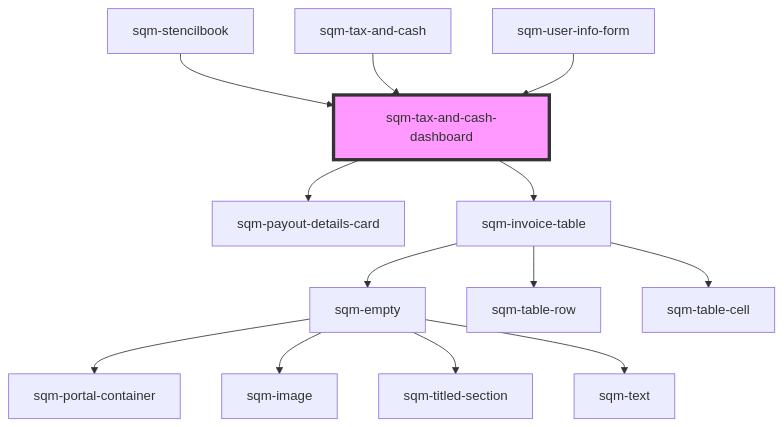
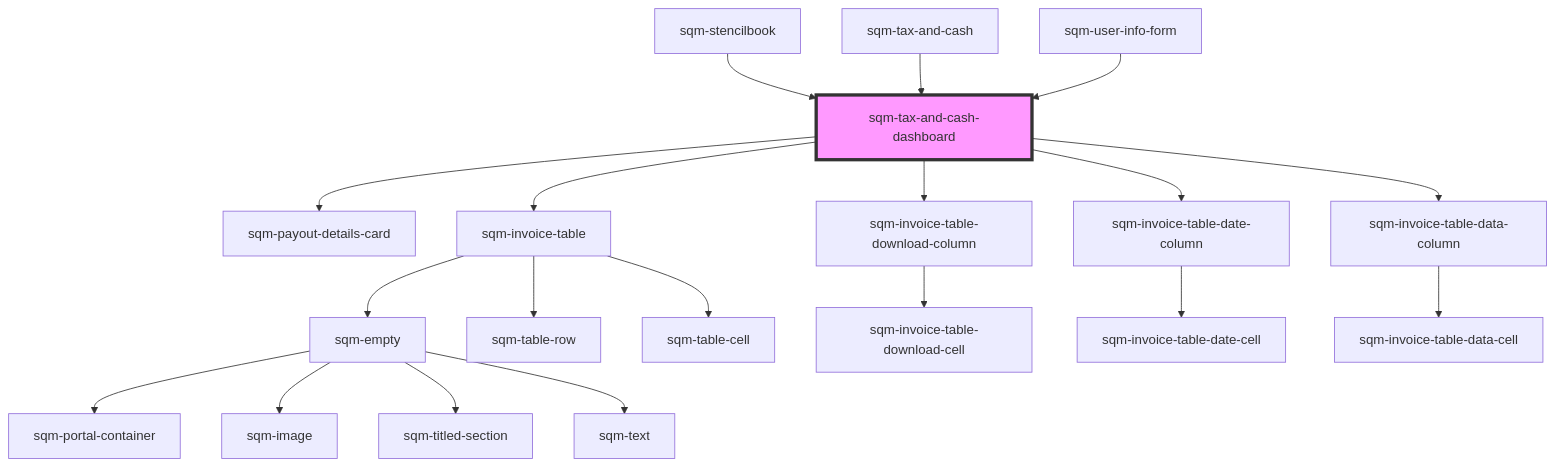
The diagram in packages/mint-components/src/components/tax-and-cash/sqm-tax-and-cash-dashboard/readme.md (saasquatch/program-tools), drawn with Mermaid before and after one commit. The commit also changed other lines of this file and 13 other files, not shown here.

````diff
--- a/packages/mint-components/src/components/tax-and-cash/sqm-tax-and-cash-dashboard/readme.md
+++ b/packages/mint-components/src/components/tax-and-cash/sqm-tax-and-cash-dashboard/readme.md
@@ -65,16 +73,22 @@
 ```mermaid
 graph TD;
   sqm-tax-and-cash-dashboard --> sqm-payout-details-card
   sqm-tax-and-cash-dashboard --> sqm-invoice-table
+  sqm-tax-and-cash-dashboard --> sqm-invoice-table-download-column
+  sqm-tax-and-cash-dashboard --> sqm-invoice-table-date-column
+  sqm-tax-and-cash-dashboard --> sqm-invoice-table-data-column
   sqm-invoice-table --> sqm-empty
   sqm-invoice-table --> sqm-table-row
   sqm-invoice-table --> sqm-table-cell
   sqm-empty --> sqm-portal-container
   sqm-empty --> sqm-image
   sqm-empty --> sqm-titled-section
   sqm-empty --> sqm-text
+  sqm-invoice-table-download-column --> sqm-invoice-table-download-cell
+  sqm-invoice-table-date-column --> sqm-invoice-table-date-cell
+  sqm-invoice-table-data-column --> sqm-invoice-table-data-cell
   sqm-stencilbook --> sqm-tax-and-cash-dashboard
   sqm-tax-and-cash --> sqm-tax-and-cash-dashboard
   sqm-user-info-form --> sqm-tax-and-cash-dashboard
   style sqm-tax-and-cash-dashboard fill:#f9f,stroke:#333,stroke-width:4px
 ```
````
